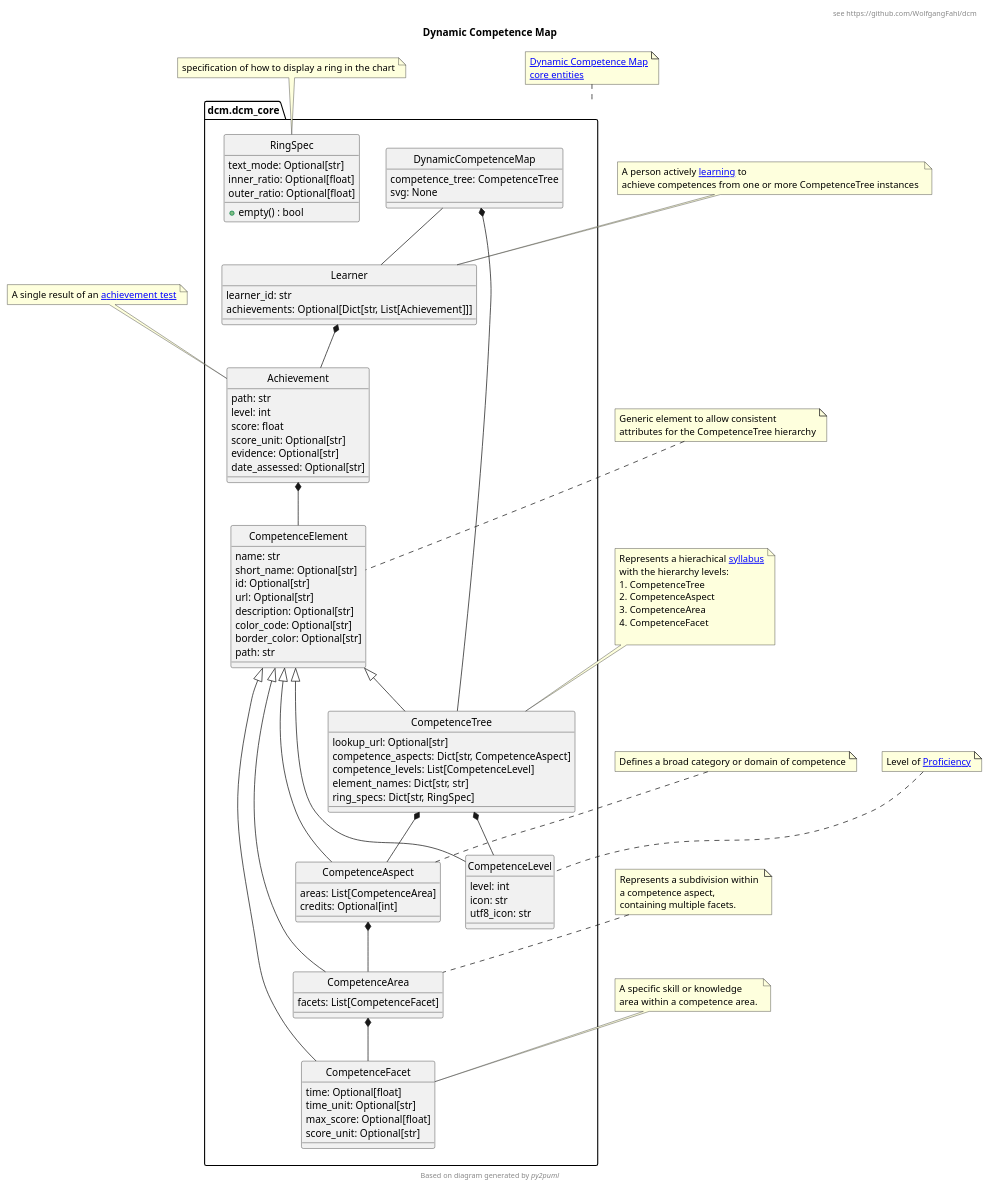
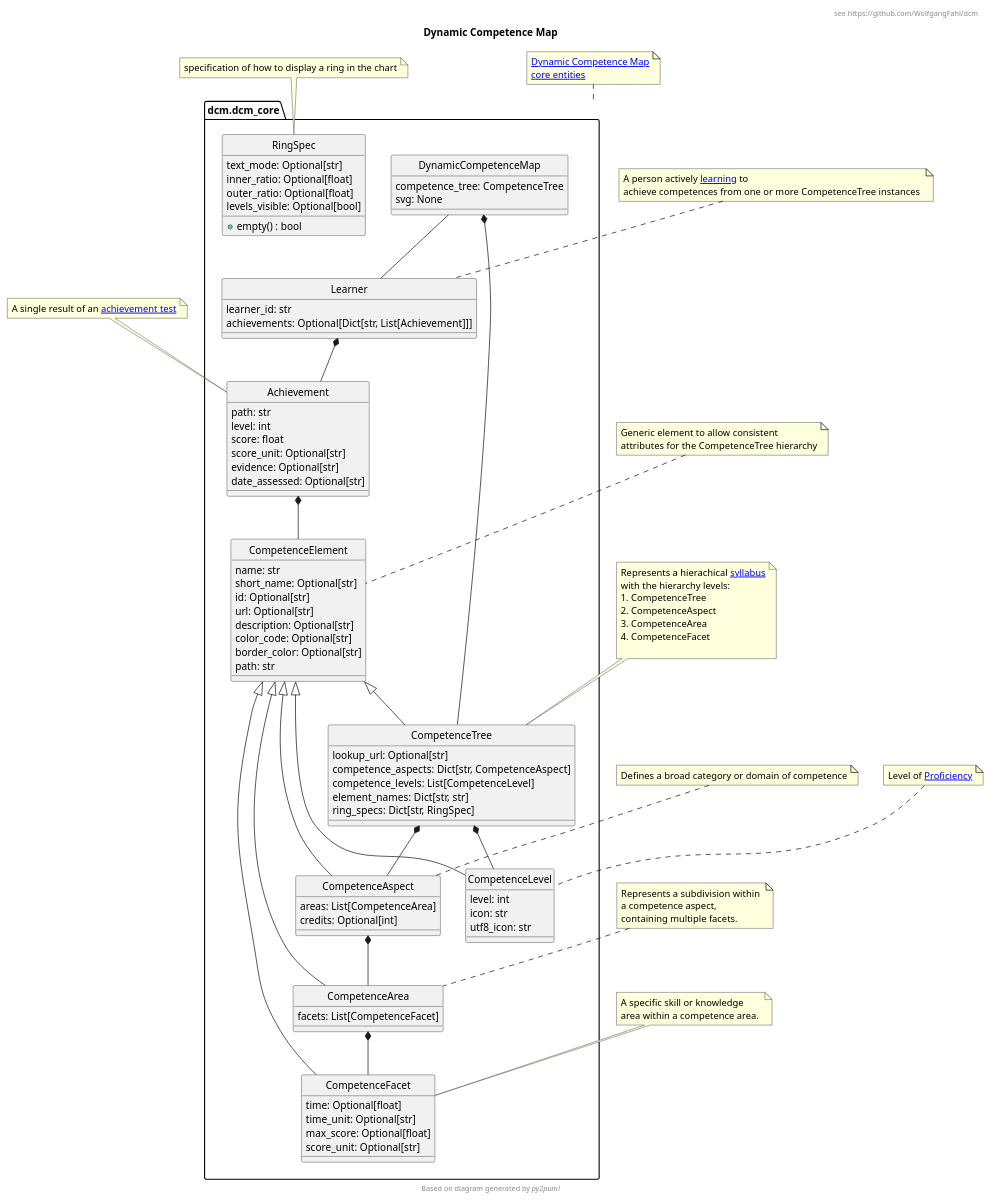
One commit to WolfgangFahl/dcm changed the diagram in dcm.puml. Above: the diagram before and after it, drawn with PlantUML. The commit also changed 11 other files, not shown here.

```diff
--- a/dcm.puml
+++ b/dcm.puml
@@ -1,130 +1,131 @@
 @startuml
 hide circle
 title Dynamic Competence Map
 header see https://github.com/WolfgangFahl/dcm
 !pragma useIntermediatePackages false
 
 class dcm.dcm_core.DynamicCompetenceMap {
   competence_tree: CompetenceTree
   svg: None
 }
 class dcm.dcm_core.Achievement {
   path: str
   level: int
   score: float
   score_unit: Optional[str]
   evidence: Optional[str]
   date_assessed: Optional[str]
 }
 note top of Achievement
 A single result of an [[https://en.wikipedia.org/wiki/Achievement_test achievement test]]
 end note
 
 class dcm.dcm_core.CompetenceAspect {
   areas: List[CompetenceArea]
   credits: Optional[int]
 }
 class dcm.dcm_core.CompetenceArea {
   facets: List[CompetenceFacet]
 }
 class dcm.dcm_core.CompetenceElement {
   name: str
   short_name: Optional[str]
   id: Optional[str]
   url: Optional[str]
   description: Optional[str]
   color_code: Optional[str]
   border_color: Optional[str]
   path: str 
 }
 class dcm.dcm_core.RingSpec {
   text_mode: Optional[str]
   inner_ratio: Optional[float]
   outer_ratio: Optional[float]
+  levels_visible: Optional[bool]
   +empty() : bool
 }
 note top of RingSpec
 specification of how to display a ring in the chart
 end note
 
 class dcm.dcm_core.CompetenceFacet {
   time: Optional[float]
   time_unit: Optional[str]
   max_score: Optional[float]
   score_unit: Optional[str]
 }
 class dcm.dcm_core.CompetenceLevel {
   level: int
   icon: str
   utf8_icon: str
 }
 
 class dcm.dcm_core.CompetenceTree {
   lookup_url: Optional[str]
   competence_aspects: Dict[str, CompetenceAspect]
   competence_levels: List[CompetenceLevel]
   element_names: Dict[str, str]
   ring_specs: Dict[str, RingSpec] 
 }
 note top of CompetenceElement
 Generic element to allow consistent
 attributes for the CompetenceTree hierarchy
 end note
 
 note top of CompetenceAspect
 Defines a broad category or domain of competence
 end note
 
 note top of CompetenceArea
 Represents a subdivision within 
 a competence aspect, 
 containing multiple facets. 
 end note
 
 note top of CompetenceFacet
 A specific skill or knowledge 
 area within a competence area. 
 end note
 
 note top of CompetenceLevel
 Level of [[https://en.wikipedia.org/wiki/Expert Proficiency]]
 end note
 
 note top of CompetenceTree
 Represents a hierachical [[https://en.wikipedia.org/wiki/Syllabus syllabus]]
 with the hierarchy levels:
 # CompetenceTree
 # CompetenceAspect
 # CompetenceArea
 # CompetenceFacet
 
 end note
 
 class dcm.dcm_core.Learner {
   learner_id: str
   achievements: Optional[Dict[str, List[Achievement]]]
 }
 note top of Learner
 A person actively [[https://en.wikipedia.org/wiki/Learning learning]] to 
 achieve competences from one or more CompetenceTree instances 
 end note
 
 note top of dcm.dcm_core
 [[https://github.com/WolfgangFahl/dcm/blob/main/dcm/dcm_core.py Dynamic Competence Map\ncore entities]]
 end note
 
 dcm.dcm_core.DynamicCompetenceMap *-- dcm.dcm_core.CompetenceTree
 dcm.dcm_core.DynamicCompetenceMap -- dcm.dcm_core.Learner
 dcm.dcm_core.CompetenceAspect *-- dcm.dcm_core.CompetenceArea
 dcm.dcm_core.CompetenceArea *-- dcm.dcm_core.CompetenceFacet
 dcm.dcm_core.CompetenceElement <|-- dcm.dcm_core.CompetenceAspect
 dcm.dcm_core.CompetenceElement <|-- dcm.dcm_core.CompetenceArea
 dcm.dcm_core.CompetenceElement <|-- dcm.dcm_core.CompetenceFacet
 dcm.dcm_core.CompetenceElement <|-- dcm.dcm_core.CompetenceLevel
 dcm.dcm_core.CompetenceTree *-- dcm.dcm_core.CompetenceAspect
 dcm.dcm_core.CompetenceTree *-- dcm.dcm_core.CompetenceLevel
 dcm.dcm_core.CompetenceElement <|-- dcm.dcm_core.CompetenceTree
 dcm.dcm_core.Learner *-- dcm.dcm_core.Achievement
 dcm.dcm_core.Achievement *-- dcm.dcm_core.CompetenceElement
 footer Based on diagram generated by //py2puml//
 @enduml
```
